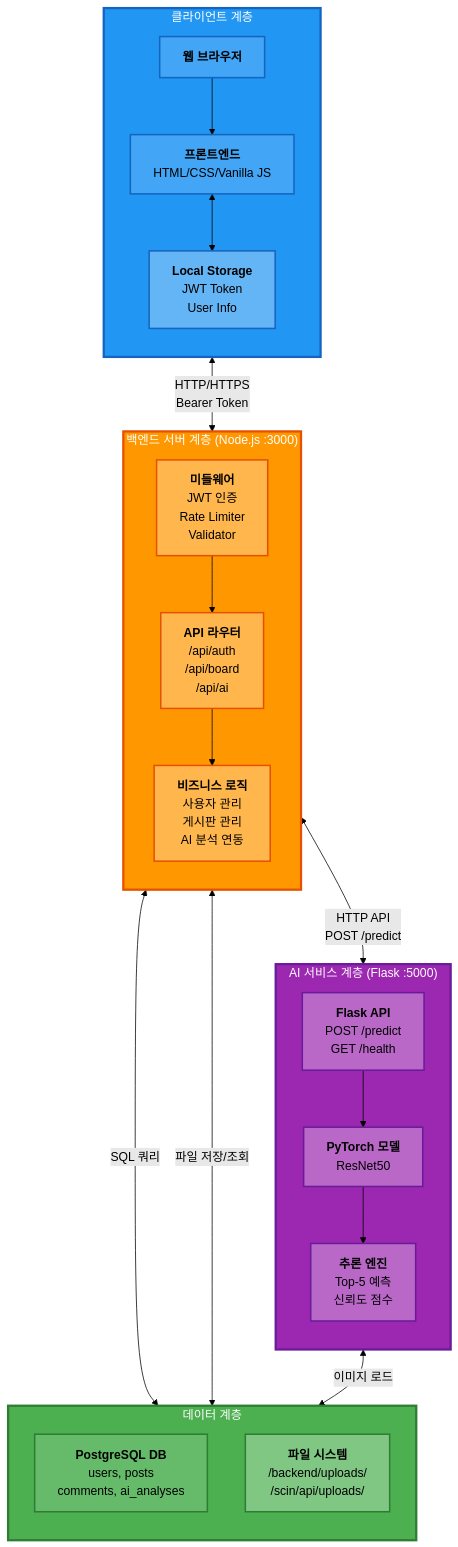
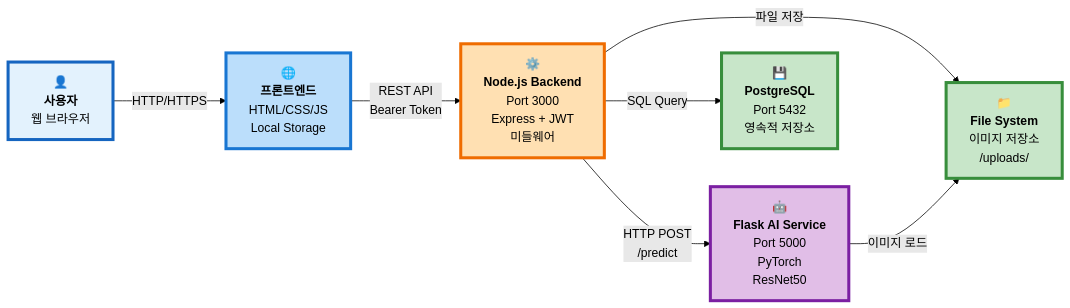
Before and after one commit to kyoe-23/DeepLearning_project: the first of 13 diagrams in Architecture.md, drawn with Mermaid (forest theme). The commit also changed other lines of this file, not shown here.

Commit message:
전체 시스템 구조 수정

````diff
--- a/Architecture.md
+++ b/Architecture.md
@@ -36,56 +38,35 @@
 ```mermaid
-graph TB
-    subgraph CLIENT["클라이언트 계층"]
-        direction TB
-        BROWSER["<b>웹 브라우저</b>"]
-        FE["<b>프론트엔드</b><br/>HTML/CSS/Vanilla JS"]
-        STORAGE["<b>Local Storage</b><br/>JWT Token<br/>User Info"]
-        BROWSER --> FE
-        FE <--> STORAGE
-    end
+graph LR
+    USER["👤<br/><b>사용자</b><br/>웹 브라우저"]
 
-    subgraph BACKEND["백엔드 서버 계층 (Node.js :3000)"]
-        direction TB
-        MW["<b>미들웨어</b><br/> JWT 인증<br/> Rate Limiter<br/> Validator"]
-        ROUTES["<b>API 라우터</b><br/> /api/auth<br/> /api/board<br/> /api/ai"]
-        SERVICES["<b>비즈니스 로직</b><br/>사용자 관리<br/>게시판 관리<br/>AI 분석 연동"]
-        MW --> ROUTES --> SERVICES
-    end
+    FE["🌐<br/><b>프론트엔드</b><br/>HTML/CSS/JS<br/>Local Storage"]
 
-    subgraph AI_SERVICE["AI 서비스 계층 (Flask :5000)"]
-        direction TB
-        FLASK["<b>Flask API</b><br/>POST /predict<br/>GET /health"]
-        MODEL["<b>PyTorch 모델</b><br/>ResNet50"]
-        INFERENCE["<b>추론 엔진</b><br/>Top-5 예측<br/>신뢰도 점수"]
-        FLASK --> MODEL --> INFERENCE
-    end
+    BACKEND["⚙️<br/><b>Node.js Backend</b><br/>Port 3000<br/>Express + JWT<br/>미들웨어"]
 
-    subgraph DATA["데이터 계층"]
-        direction TB
-        POSTGRES["<b>PostgreSQL DB</b><br/>users, posts<br/>comments, ai_analyses"]
-        FILES["<b>파일 시스템</b><br/>/backend/uploads/<br/>/scin/api/uploads/"]
-    end
+    AI["🤖<br/><b>Flask AI Service</b><br/>Port 5000<br/>PyTorch<br/>ResNet50"]
 
-    CLIENT <-->|"HTTP/HTTPS<br/>Bearer Token"| BACKEND
-    BACKEND <-->|"SQL 쿼리"| POSTGRES
-    BACKEND <-->|"파일 저장/조회"| FILES
-    BACKEND <-->|"HTTP API<br/>POST /predict"| AI_SERVICE
-    AI_SERVICE <-->|"이미지 로드"| FILES
+    DB["💾<br/><b>PostgreSQL</b><br/>Port 5432<br/>영속적 저장소"]
 
-    style CLIENT fill:#2196F3,stroke:#1565C0,stroke-width:3px,color:#fff
-    style BACKEND fill:#FF9800,stroke:#E65100,stroke-width:3px,color:#fff
-    style AI_SERVICE fill:#9C27B0,stroke:#6A1B9A,stroke-width:3px,color:#fff
-    style DATA fill:#4CAF50,stroke:#2E7D32,stroke-width:3px,color:#fff
+    FS["📁<br/><b>File System</b><br/>이미지 저장소<br/>/uploads/"]
 
-    style BROWSER fill:#42A5F5,stroke:#1565C0,stroke-width:2px,color:#000
-    style FE fill:#42A5F5,stroke:#1565C0,stroke-width:2px,color:#000
-    style STORAGE fill:#64B5F6,stroke:#1565C0,stroke-width:2px,color:#000
-    style MW fill:#FFB74D,stroke:#E65100,stroke-width:2px,color:#000
-    style ROUTES fill:#FFB74D,stroke:#E65100,stroke-width:2px,color:#000
-    style SERVICES fill:#FFB74D,stroke:#E65100,stroke-width:2px,color:#000
-    style FLASK fill:#BA68C8,stroke:#6A1B9A,stroke-width:2px,color:#000
-    style MODEL fill:#BA68C8,stroke:#6A1B9A,stroke-width:2px,color:#000
-    style INFERENCE fill:#BA68C8,stroke:#6A1B9A,stroke-width:2px,color:#000
-    style POSTGRES fill:#66BB6A,stroke:#2E7D32,stroke-width:2px,color:#000
-    style FILES fill:#81C784,stroke:#2E7D32,stroke-width:2px,color:#000
+    %% 데이터 흐름
+    USER -->|HTTP/HTTPS| FE
+    FE -->|REST API<br/>Bearer Token| BACKEND
+    BACKEND -->|SQL Query| DB
+    BACKEND -->|HTTP POST<br/>/predict| AI
+    BACKEND -->|파일 저장| FS
+    AI -->|이미지 로드| FS
+
+    %% 스타일
+    classDef userClass fill:#E3F2FD,stroke:#1565C0,stroke-width:4px,color:#000
+    classDef frontClass fill:#BBDEFB,stroke:#1976D2,stroke-width:4px,color:#000
+    classDef backClass fill:#FFE0B2,stroke:#EF6C00,stroke-width:4px,color:#000
+    classDef aiClass fill:#E1BEE7,stroke:#7B1FA2,stroke-width:4px,color:#000
+    classDef dataClass fill:#C8E6C9,stroke:#388E3C,stroke-width:4px,color:#000
+
+    class USER userClass
+    class FE frontClass
+    class BACKEND backClass
+    class AI aiClass
+    class DB,FS dataClass
 ```
````
